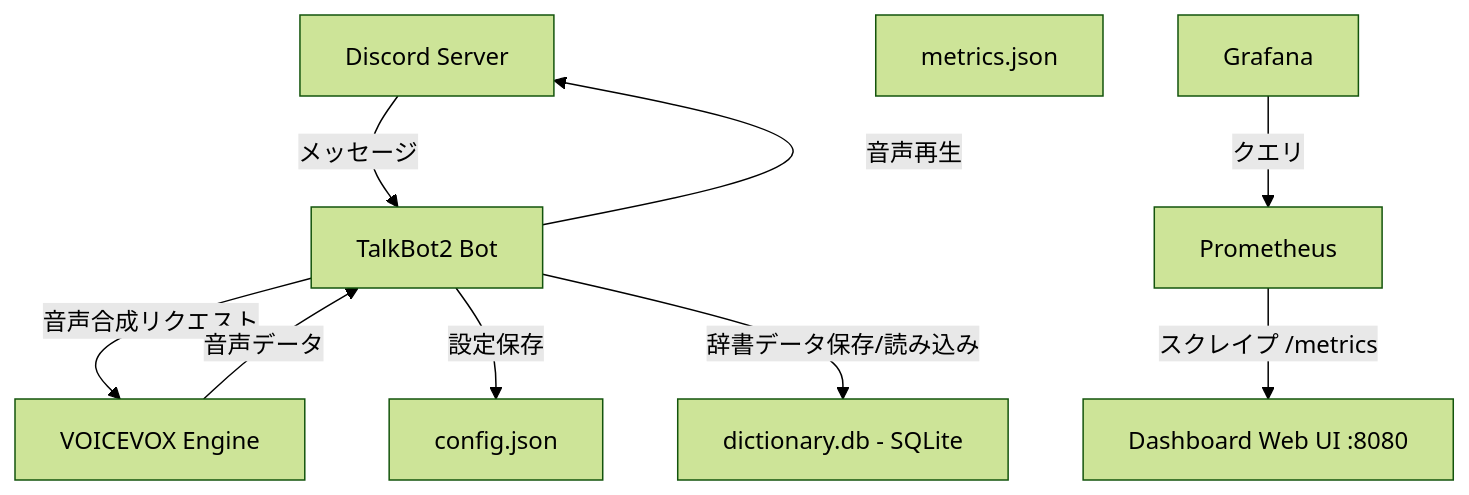
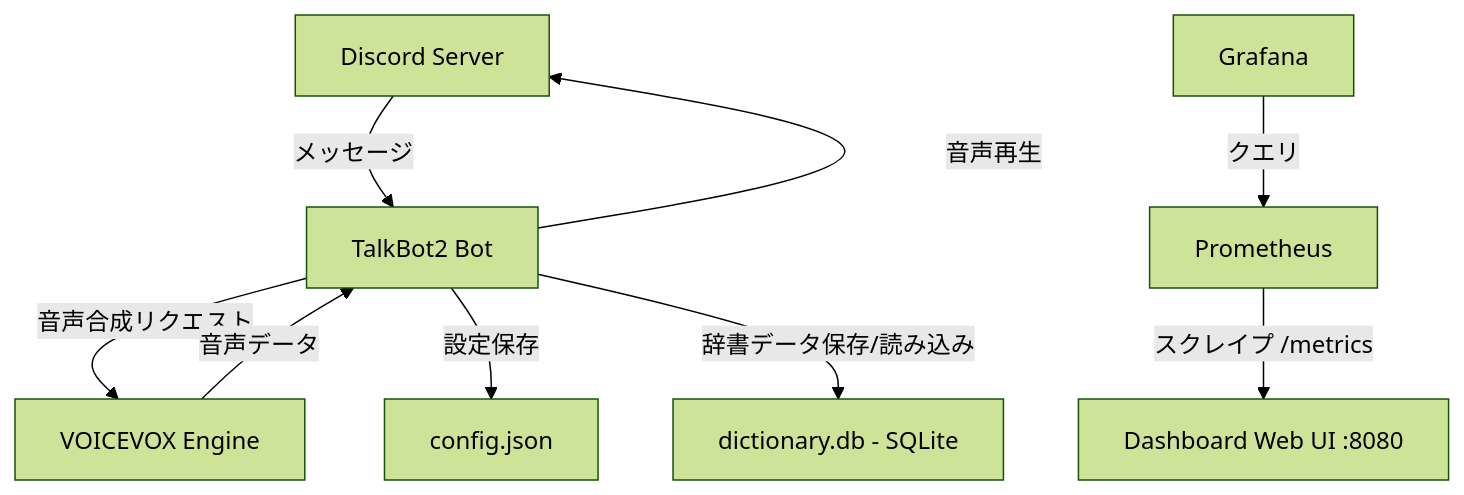
The diagram in README.md (syuutaMC/TalkBot2), drawn with Mermaid (forest theme) before and after one commit. The commit also changed other lines of this file and 2 other files, not shown here.

````diff
--- a/README.md
+++ b/README.md
@@ -70,21 +69,20 @@
 ```mermaid
 graph TB
     Discord[Discord Server]
     Bot[TalkBot2 Bot]
     VOICEVOX[VOICEVOX Engine]
     Config[config.json]
     DictDB[dictionary.db - SQLite]
-    Metrics[metrics.json]
     Dashboard[Dashboard Web UI :8080]
     Prometheus[Prometheus]
     Grafana[Grafana]
     
     Discord -->|メッセージ| Bot
     Bot -->|音声合成リクエスト| VOICEVOX
     VOICEVOX -->|音声データ| Bot
     Bot -->|音声再生| Discord
     Bot -->|設定保存| Config
     Bot -->|辞書データ保存/読み込み| DictDB
     Prometheus -->|スクレイプ /metrics| Dashboard
     Grafana -->|クエリ| Prometheus
 ```
````
